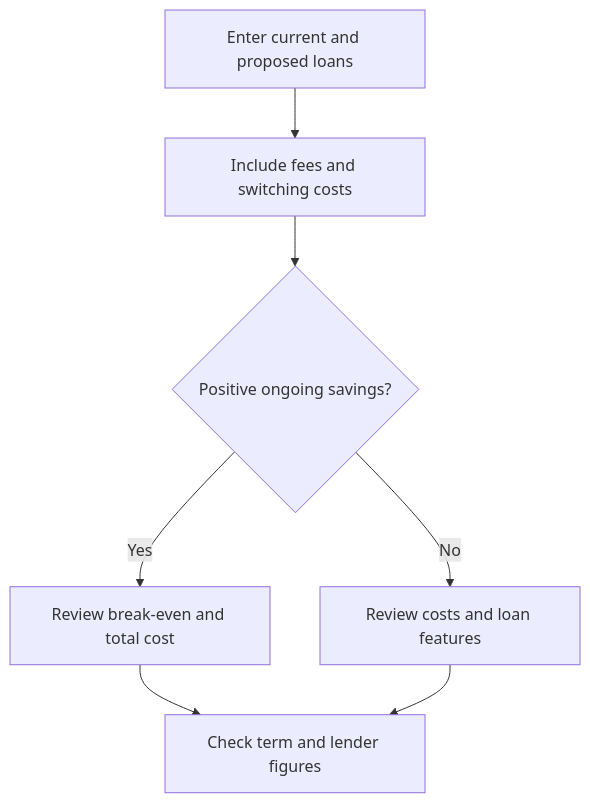
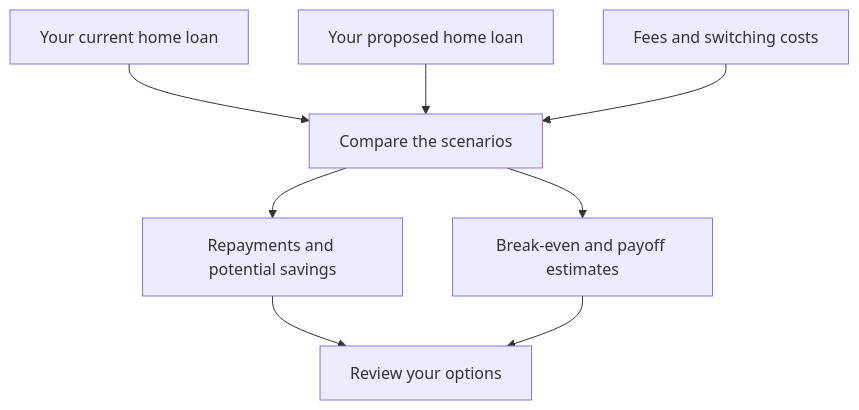
Before and after one commit to sanahosseini70/home-loan-refinance-calculator: the first of 2 diagrams in README.md, drawn with Mermaid. The commit also changed other lines of this file, not shown here.

````diff
--- a/README.md
+++ b/README.md
@@ -55,9 +39,10 @@
 ```mermaid
 flowchart TD
-    A[Enter current and proposed loans] --> B[Include fees and switching costs]
-    B --> C{Positive ongoing savings?}
-    C -->|Yes| D[Review break-even and total cost]
-    C -->|No| E[Review costs and loan features]
-    D --> F[Check term and lender figures]
-    E --> F
+    A[Your current home loan] --> C[Compare the scenarios]
+    B[Your proposed home loan] --> C
+    F[Fees and switching costs] --> C
+    C --> D[Repayments and potential savings]
+    C --> E[Break-even and payoff estimates]
+    D --> G[Review your options]
+    E --> G
 ```
````
